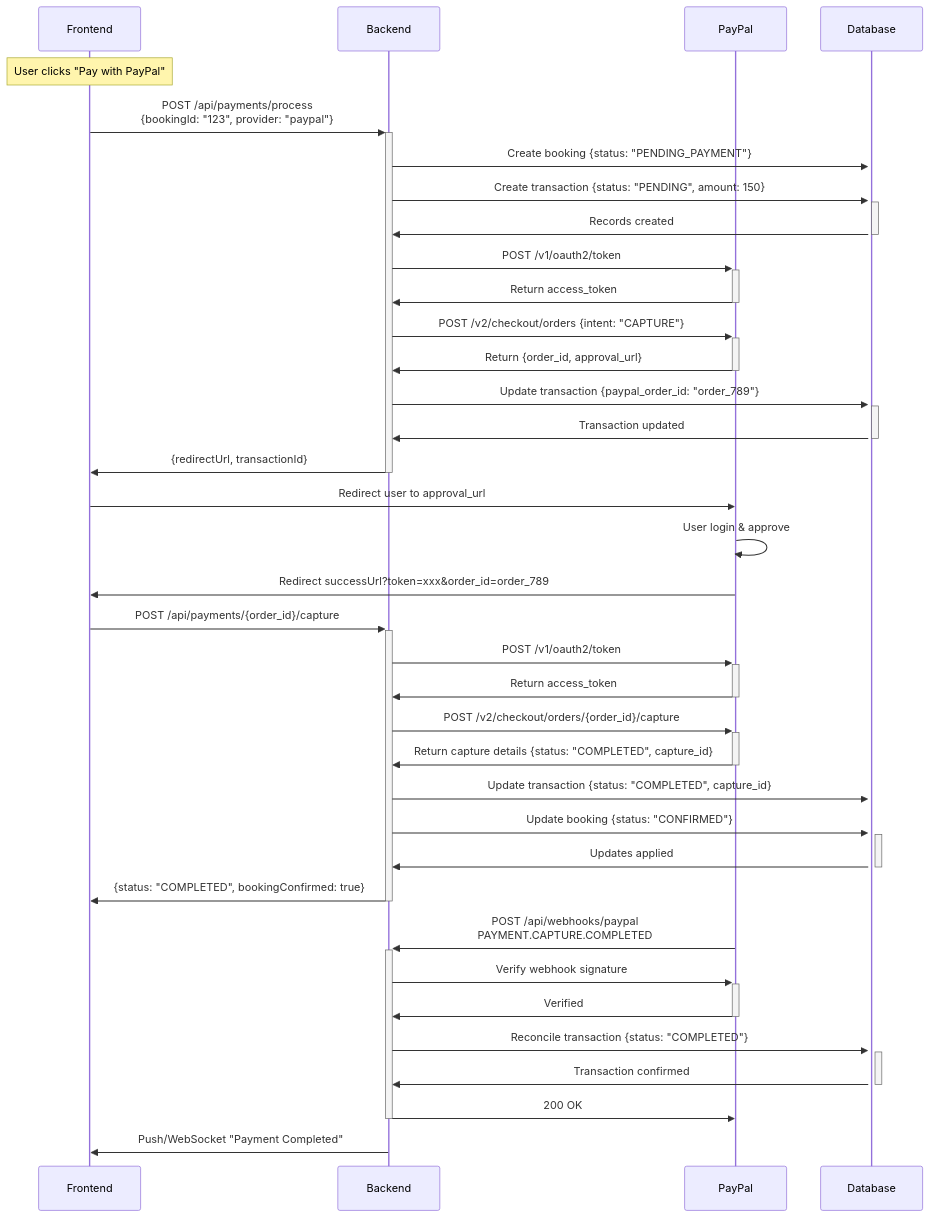
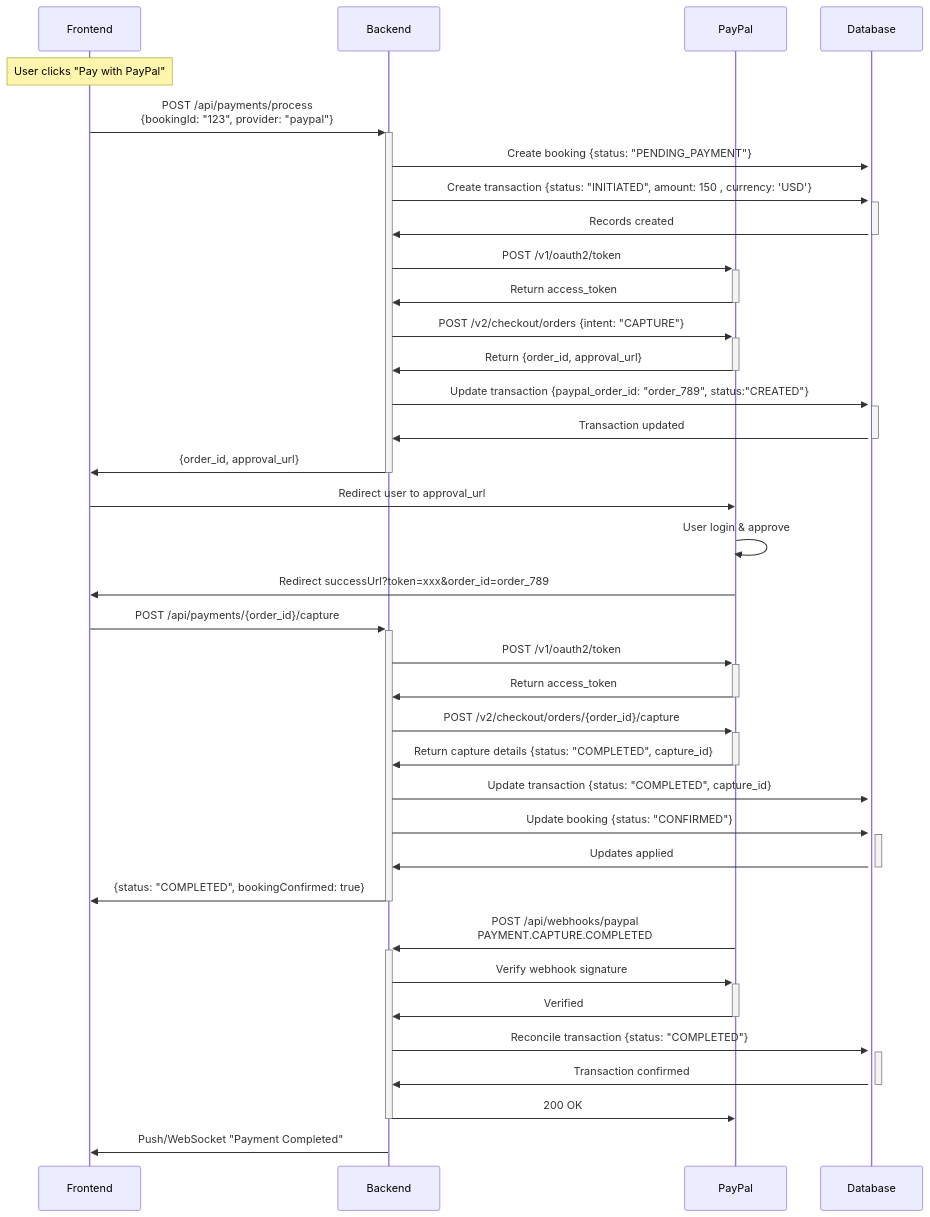
One commit to randa-magdy/booking-platform-doc changed the diagram in diagrams/payment-success-case.mmd. Above: the diagram before and after it, drawn with Mermaid.

Commit message:
Update payment success case diagram for transaction status

```diff
--- a/diagrams/payment-success-case.mmd
+++ b/diagrams/payment-success-case.mmd
@@ -1,52 +1,52 @@
 sequenceDiagram
     participant FE as Frontend
     participant BE as Backend
     participant PP as PayPal
     participant DB as Database
     
     Note over FE: User clicks "Pay with PayPal"
     
     %% Phase 1: Payment Request
     FE->>+BE: POST /api/payments/process<br/>{bookingId: "123", provider: "paypal"}
     BE->>+DB: Create booking {status: "PENDING_PAYMENT"}
-    BE->>+DB: Create transaction {status: "PENDING", amount: 150}
+    BE->>+DB: Create transaction {status: "INITIATED", amount: 150 , currency: 'USD'}
     DB->>-BE: Records created
     
     BE->>+PP: POST /v1/oauth2/token
     PP->>-BE: Return access_token
     
     BE->>+PP: POST /v2/checkout/orders {intent: "CAPTURE"}
     PP->>-BE: Return {order_id, approval_url}
     
-    BE->>+DB: Update transaction {paypal_order_id: "order_789"}
+    BE->>+DB: Update transaction {paypal_order_id: "order_789", status:"CREATED"}
     DB->>-BE: Transaction updated
     
-    BE->>-FE: {redirectUrl, transactionId}
+    BE->>-FE: {order_id, approval_url}
     
     %% Phase 2: User Approval
     FE->>PP: Redirect user to approval_url
     PP->>PP: User login & approve
     PP->>FE: Redirect successUrl?token=xxx&order_id=order_789
     
     %% Phase 2.5: Capture
     FE->>+BE: POST /api/payments/{order_id}/capture
     BE->>+PP: POST /v1/oauth2/token
     PP->>-BE: Return access_token
     BE->>+PP: POST /v2/checkout/orders/{order_id}/capture
     PP->>-BE: Return capture details {status: "COMPLETED", capture_id}
     
     BE->>+DB: Update transaction {status: "COMPLETED", capture_id}
     BE->>+DB: Update booking {status: "CONFIRMED"}
     DB->>-BE: Updates applied
     BE->>-FE: {status: "COMPLETED", bookingConfirmed: true}
     
     %% Phase 3: Webhook
     PP->>+BE: POST /api/webhooks/paypal<br/>PAYMENT.CAPTURE.COMPLETED
     BE->>+PP: Verify webhook signature
     PP->>-BE: Verified
     BE->>+DB: Reconcile transaction {status: "COMPLETED"}
     DB->>-BE: Transaction confirmed
     BE->>-PP: 200 OK
     
     %% Optional Notify
     BE->>FE: Push/WebSocket "Payment Completed"
```
